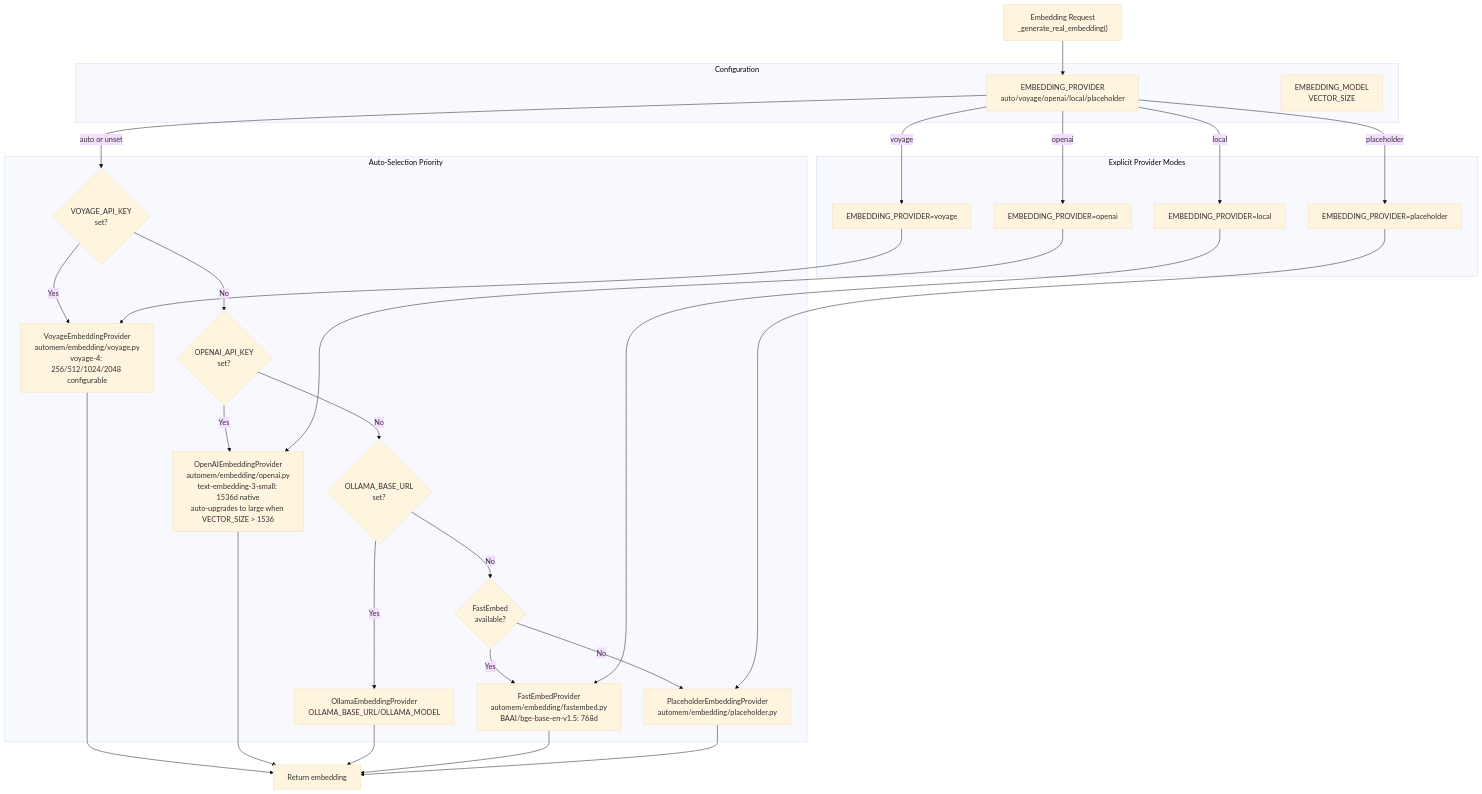
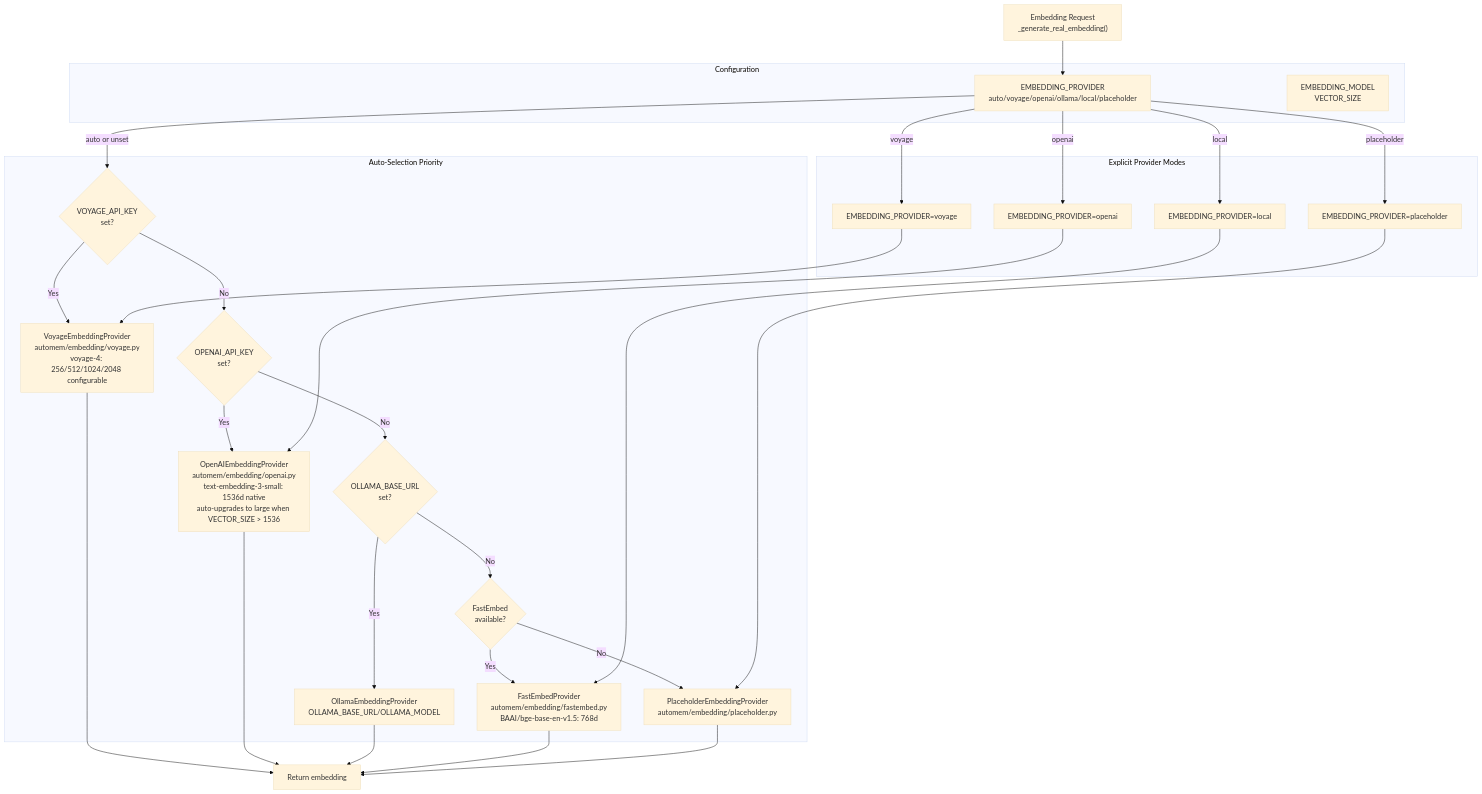
One commit to verygoodplugins/automem-website changed the sixth of 6 diagrams in src/content/docs/docs/overview.md. Above: the diagram before and after it, drawn with Mermaid (base theme). The commit also changed other lines of this file, not shown here.

````diff
--- a/src/content/docs/docs/overview.md
+++ b/src/content/docs/docs/overview.md
@@ -400,57 +400,57 @@
 ```mermaid
 graph TB
     Start["Embedding Request<br/>_generate_real_embedding()"]
 
     subgraph config["Configuration"]
-        EnvProvider["EMBEDDING_PROVIDER<br/>auto/voyage/openai/local/placeholder"]
+        EnvProvider["EMBEDDING_PROVIDER<br/>auto/voyage/openai/ollama/local/placeholder"]
         EnvModel["EMBEDDING_MODEL<br/>VECTOR_SIZE"]
     end
 
     subgraph auto_select["Auto-Selection Priority"]
         CheckVoyage{"VOYAGE_API_KEY<br/>set?"}
         CheckOpenAI{"OPENAI_API_KEY<br/>set?"}
         CheckOllama{"OLLAMA_BASE_URL<br/>set?"}
         CheckFastEmbed{"FastEmbed<br/>available?"}
         UsePlaceholder["PlaceholderEmbeddingProvider<br/>automem/embedding/placeholder.py"]
 
         Voyage["VoyageEmbeddingProvider<br/>automem/embedding/voyage.py<br/>voyage-4: 256/512/1024/2048 configurable"]
         OpenAI["OpenAIEmbeddingProvider<br/>automem/embedding/openai.py<br/>text-embedding-3-small: 1536d native<br/>auto-upgrades to large when VECTOR_SIZE > 1536"]
         Ollama["OllamaEmbeddingProvider<br/>OLLAMA_BASE_URL/OLLAMA_MODEL"]
         FastEmbed["FastEmbedProvider<br/>automem/embedding/fastembed.py<br/>BAAI/bge-base-en-v1.5: 768d"]
     end
 
     subgraph explicit["Explicit Provider Modes"]
         ForceVoyage["EMBEDDING_PROVIDER=voyage"]
         ForceOpenAI["EMBEDDING_PROVIDER=openai"]
         ForceLocal["EMBEDDING_PROVIDER=local"]
         ForcePlaceholder["EMBEDDING_PROVIDER=placeholder"]
     end
 
     Start --> EnvProvider
 
     EnvProvider -->|"auto or unset"| CheckVoyage
     EnvProvider -->|"voyage"| ForceVoyage
     EnvProvider -->|"openai"| ForceOpenAI
     EnvProvider -->|"local"| ForceLocal
     EnvProvider -->|"placeholder"| ForcePlaceholder
 
     CheckVoyage -->|"Yes"| Voyage
     CheckVoyage -->|"No"| CheckOpenAI
     CheckOpenAI -->|"Yes"| OpenAI
     CheckOpenAI -->|"No"| CheckOllama
     CheckOllama -->|"Yes"| Ollama
     CheckOllama -->|"No"| CheckFastEmbed
     CheckFastEmbed -->|"Yes"| FastEmbed
     CheckFastEmbed -->|"No"| UsePlaceholder
 
     ForceVoyage --> Voyage
     ForceOpenAI --> OpenAI
     ForceLocal --> FastEmbed
     ForcePlaceholder --> UsePlaceholder
 
     Voyage --> Result["Return embedding"]
     OpenAI --> Result
     Ollama --> Result
     FastEmbed --> Result
     UsePlaceholder --> Result
 ```
````
